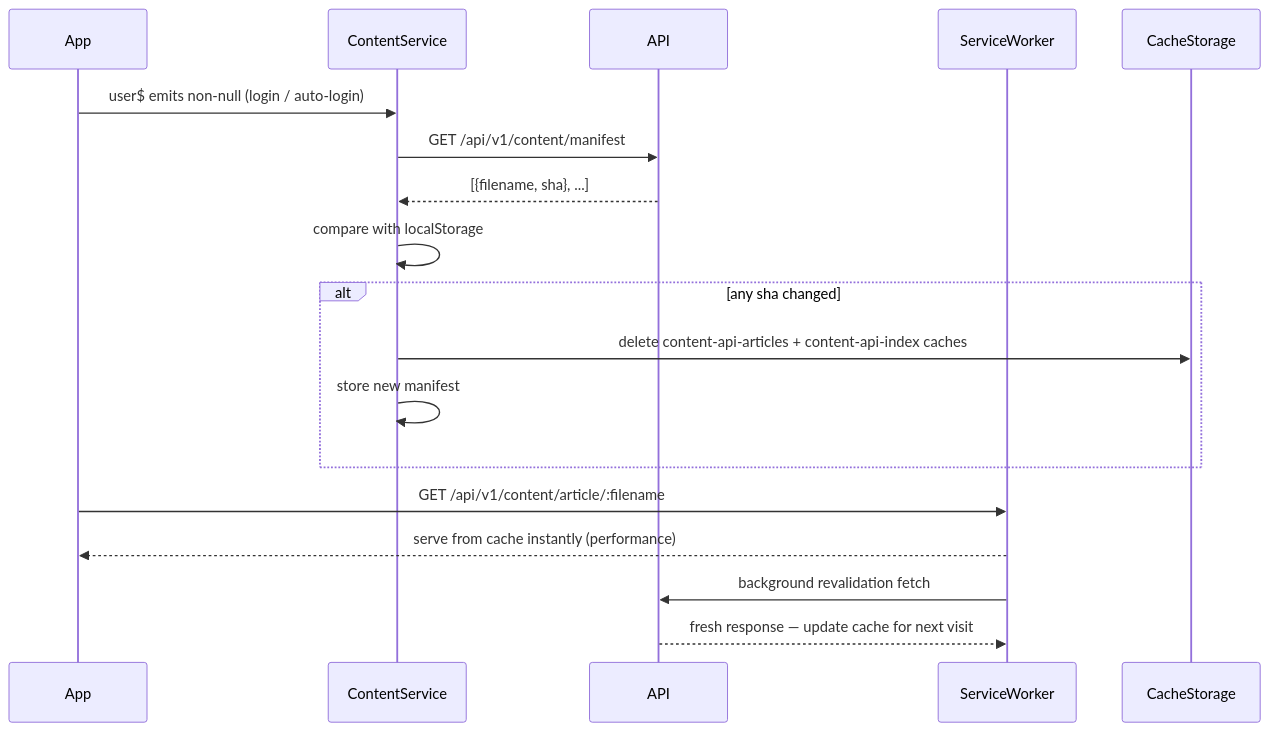
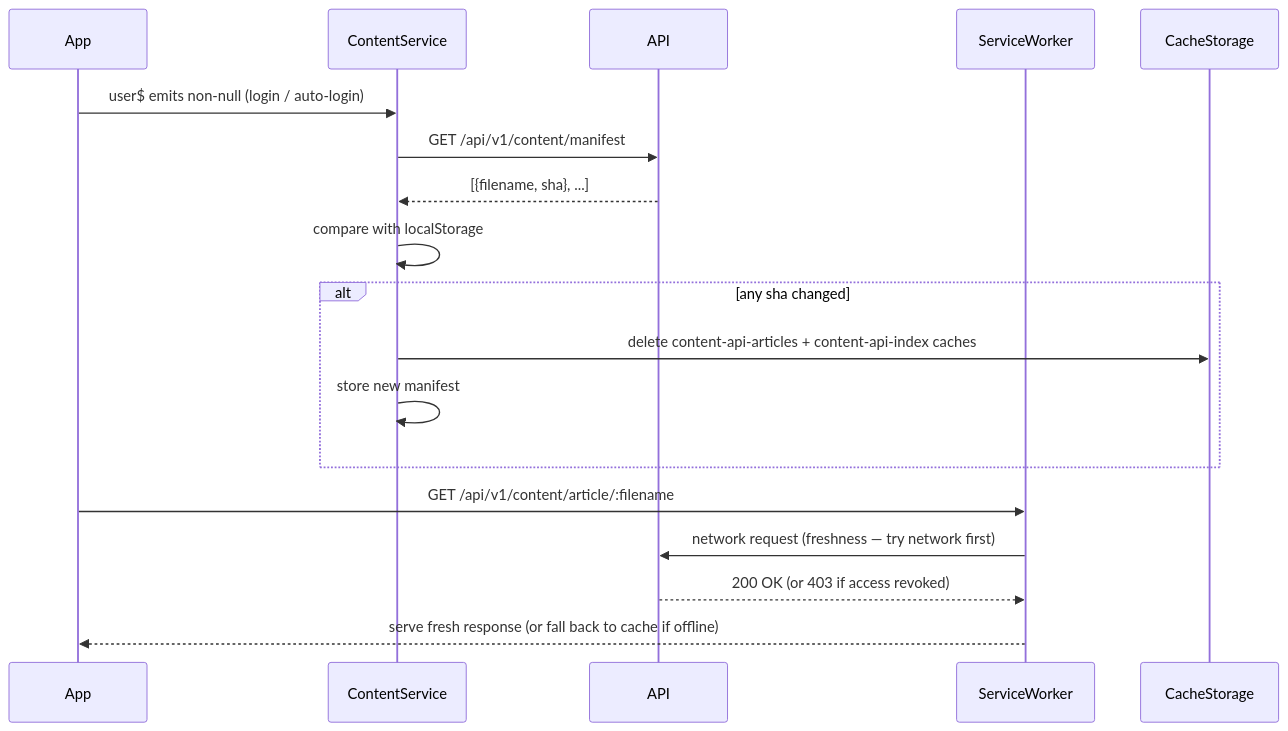
Diagram 12 of 18 in apps/taalwiz-web/ARCHITECTURE.md (remarcmij/taalwiz-mono), drawn with Mermaid before and after one commit. The commit also changed other lines of this file and 24 other files, not shown here.

````diff
--- a/apps/taalwiz-web/ARCHITECTURE.md
+++ b/apps/taalwiz-web/ARCHITECTURE.md
@@ -420,23 +423,23 @@
 ```mermaid
 sequenceDiagram
     participant App
     participant ContentService
     participant API
     participant SW as ServiceWorker
     participant CS as CacheStorage
 
     App->>ContentService: user$ emits non-null (login / auto-login)
     ContentService->>API: GET /api/v1/content/manifest
     API-->>ContentService: [{filename, sha}, ...]
     ContentService->>ContentService: compare with localStorage
 
     alt any sha changed
         ContentService->>CS: delete content-api-articles + content-api-index caches
         ContentService->>ContentService: store new manifest
     end
 
     App->>SW: GET /api/v1/content/article/:filename
-    SW-->>App: serve from cache instantly (performance)
-    SW->>API: background revalidation fetch
-    API-->>SW: fresh response — update cache for next visit
+    SW->>API: network request (freshness — try network first)
+    API-->>SW: 200 OK (or 403 if access revoked)
+    SW-->>App: serve fresh response (or fall back to cache if offline)
 ```
````
